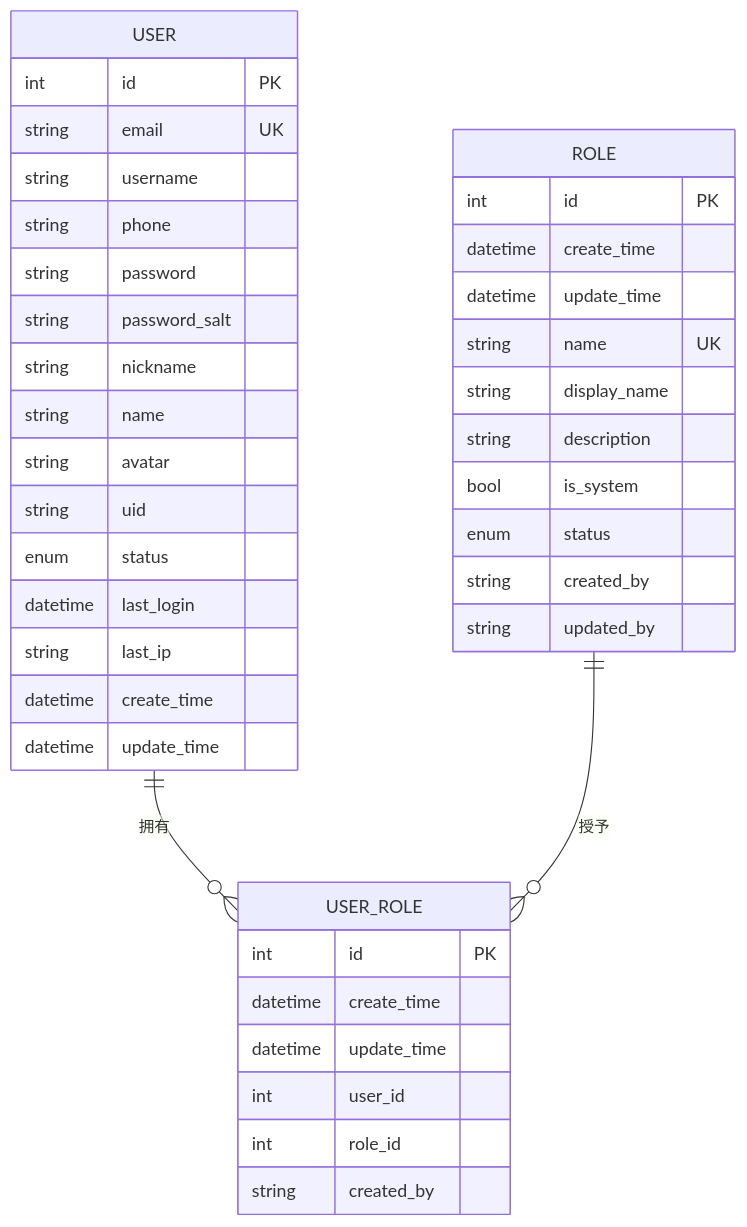
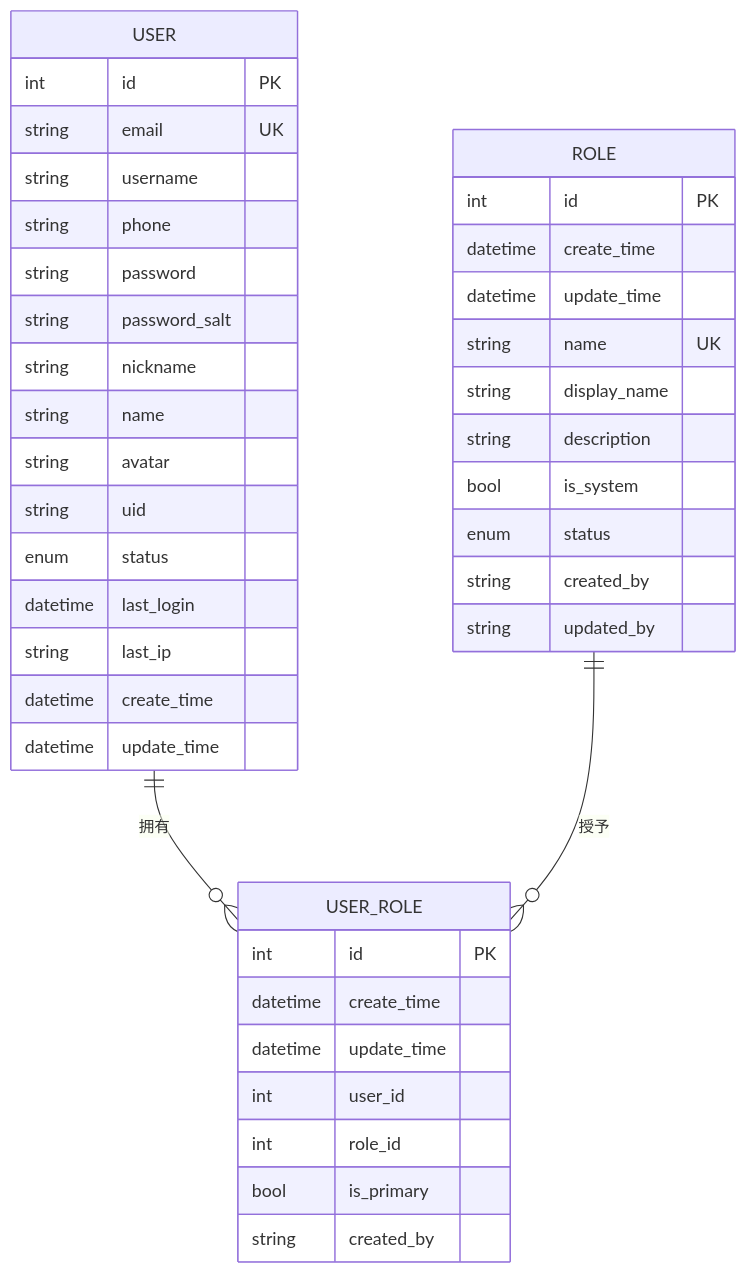
The fourth of 18 diagrams in .qoder/repowiki/zh/content/数据库设计/数据库设计.md (wuwuseo/e-sports-go-admin), drawn with Mermaid before and after one commit. The commit also changed other lines of this file and 42 other files, not shown here.

````diff
--- a/.qoder/repowiki/zh/content/数据库设计/数据库设计.md
+++ b/.qoder/repowiki/zh/content/数据库设计/数据库设计.md
@@ -213,42 +269,43 @@
 ```mermaid
 erDiagram
 ROLE {
 int id PK
 datetime create_time
 datetime update_time
 string name UK
 string display_name
 string description
 bool is_system
 enum status
 string created_by
 string updated_by
 }
 USER {
 int id PK
 string email UK
 string username
 string phone
 string password
 string password_salt
 string nickname
 string name
 string avatar
 string uid
 enum status
 datetime last_login
 string last_ip
 datetime create_time
 datetime update_time
 }
 USER_ROLE {
 int id PK
 datetime create_time
 datetime update_time
 int user_id
 int role_id
+bool is_primary
 string created_by
 }
 USER ||--o{ USER_ROLE : "拥有"
 ROLE ||--o{ USER_ROLE : "授予"
 ```
````
